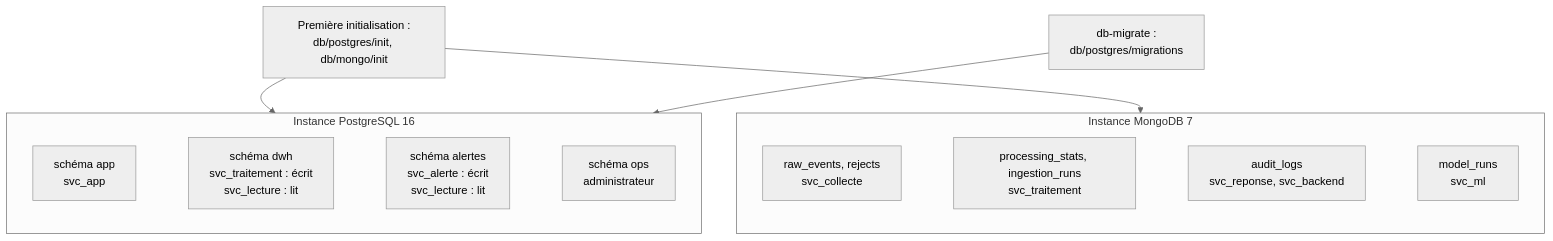
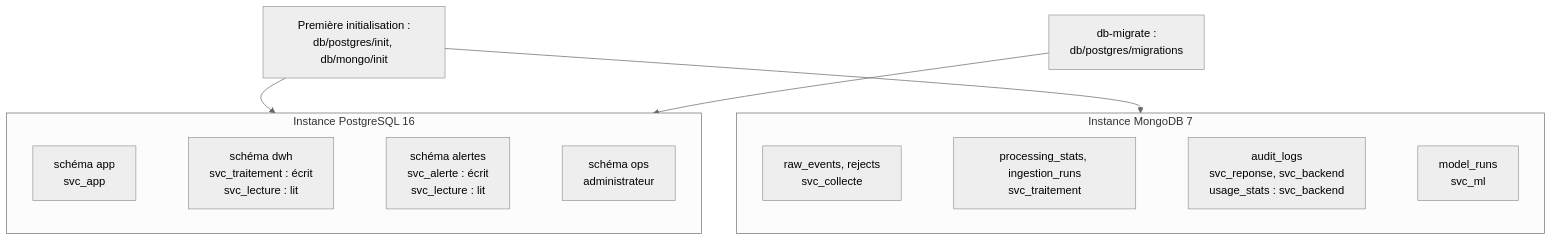
One commit to RobelManoa/novaria-core changed the diagram in docs/01-architecture/adr/ADR-024-bases-de-donnees-locales.md. Above: the diagram before and after it, drawn with Mermaid (neutral theme). The commit also changed other lines of this file and 67 other files, not shown here.

````diff
--- a/docs/01-architecture/adr/ADR-024-bases-de-donnees-locales.md
+++ b/docs/01-architecture/adr/ADR-024-bases-de-donnees-locales.md
@@ -51,17 +51,17 @@
 ```mermaid
 flowchart TB
     subgraph PGI["Instance PostgreSQL 16"]
         direction LR
         APP["schéma app<br/>svc_app"] ~~~ DWH["schéma dwh<br/>svc_traitement : écrit<br/>svc_lecture : lit"]
         DWH ~~~ ALT["schéma alertes<br/>svc_alerte : écrit<br/>svc_lecture : lit"]
         ALT ~~~ OPS["schéma ops<br/>administrateur"]
     end
     subgraph MGI["Instance MongoDB 7"]
         direction LR
         C1["raw_events, rejects<br/>svc_collecte"] ~~~ C2["processing_stats, ingestion_runs<br/>svc_traitement"]
-        C2 ~~~ C3["audit_logs<br/>svc_reponse, svc_backend"]
+        C2 ~~~ C3["audit_logs<br/>svc_reponse, svc_backend<br/>usage_stats : svc_backend"]
         C3 ~~~ C4["model_runs<br/>svc_ml"]
     end
     INIT["Première initialisation :<br/>db/postgres/init, db/mongo/init"] --> PGI & MGI
     MIG["db-migrate :<br/>db/postgres/migrations"] --> PGI
 ```
````
